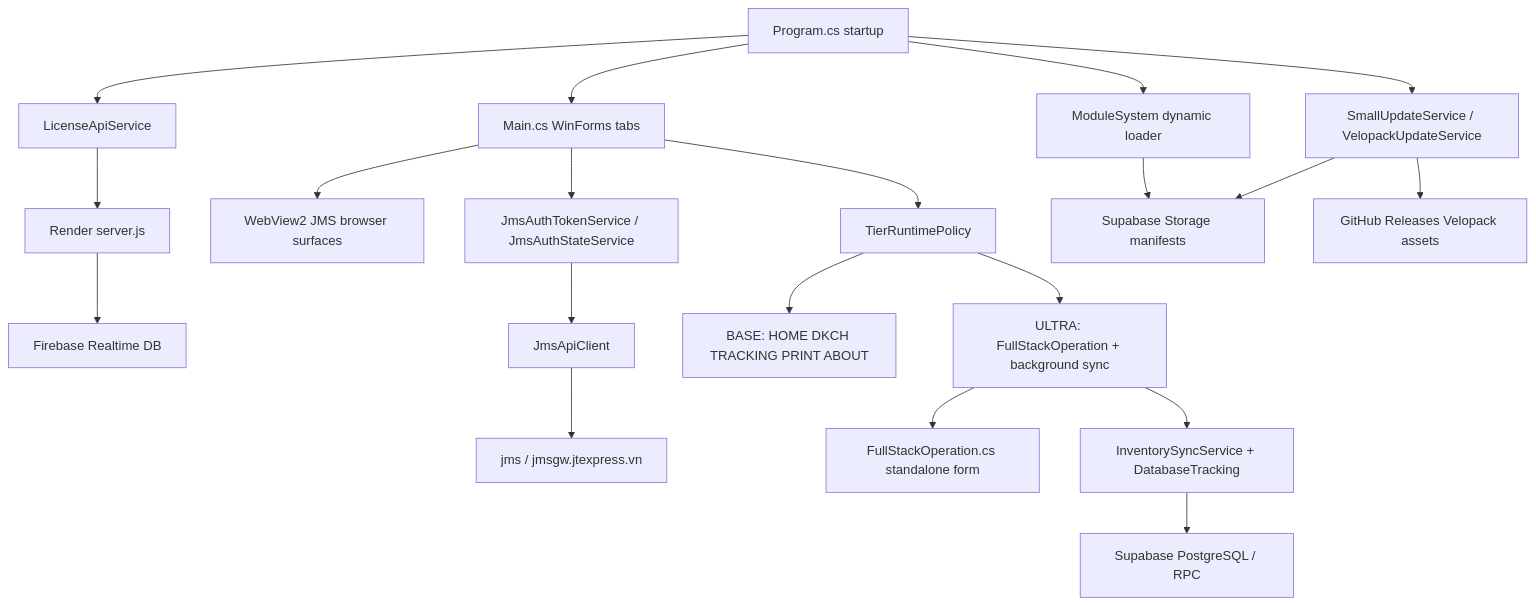
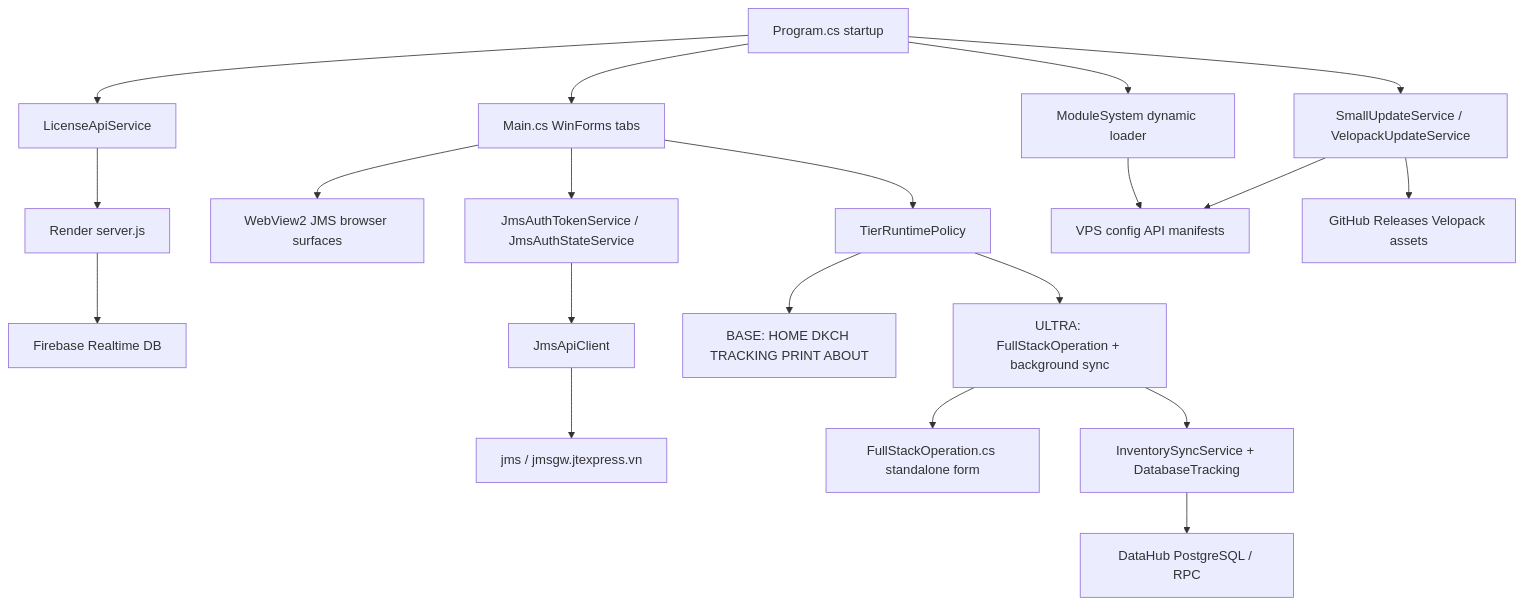
The diagram in .agent/context/current-architecture.md (Datt03-sss/AutoJMS), drawn with Mermaid before and after one commit. The commit also changed other lines of this file and 286 other files, not shown here.

Commit message:
refactor: remove legacy backend and route client through VPS API

````diff
--- a/.agent/context/current-architecture.md
+++ b/.agent/context/current-architecture.md
@@ -7,22 +7,22 @@
 ```mermaid
 flowchart TD
     Program["Program.cs startup"] --> License["LicenseApiService"]
     License --> Render["Render server.js"]
     Render --> Firebase["Firebase Realtime DB"]
     Program --> Main["Main.cs WinForms tabs"]
     Main --> WebView["WebView2 JMS browser surfaces"]
     Main --> JmsAuth["JmsAuthTokenService / JmsAuthStateService"]
     JmsAuth --> JmsApi["JmsApiClient"]
     JmsApi --> JMS["jms / jmsgw.jtexpress.vn"]
     Main --> Tier["TierRuntimePolicy"]
     Tier --> Base["BASE: HOME DKCH TRACKING PRINT ABOUT"]
     Tier --> Ultra["ULTRA: FullStackOperation + background sync"]
     Ultra --> FullStack["FullStackOperation.cs standalone form"]
     Ultra --> Sync["InventorySyncService + DatabaseTracking"]
-    Sync --> SupabaseDb["Supabase PostgreSQL / RPC"]
+    Sync --> DataHubDb["DataHub PostgreSQL / RPC"]
     Program --> Updates["SmallUpdateService / VelopackUpdateService"]
-    Updates --> SupabaseStorage["Supabase Storage manifests"]
+    Updates --> DataHubStorage["VPS config API manifests"]
     Updates --> GitHub["GitHub Releases Velopack assets"]
     Program --> Modules["ModuleSystem dynamic loader"]
-    Modules --> SupabaseStorage
+    Modules --> DataHubStorage
 ```
````
